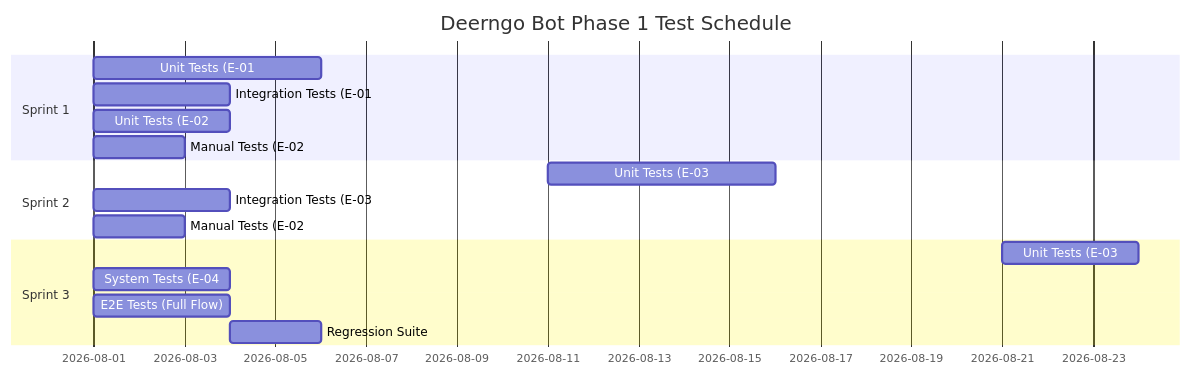
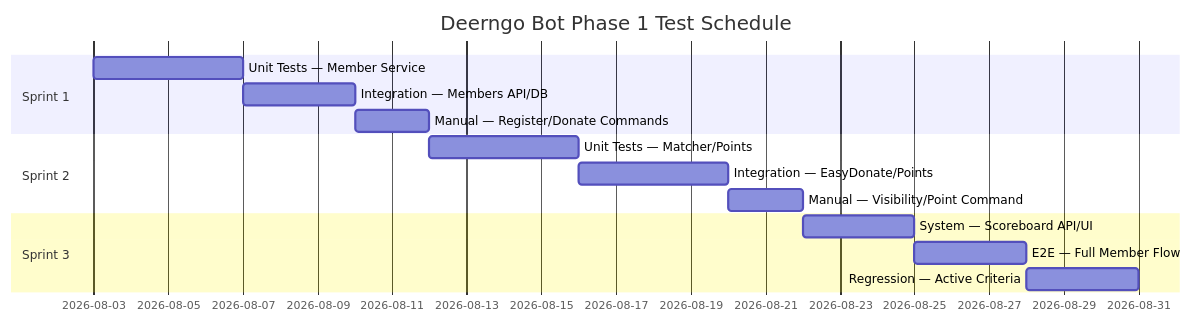
One commit to oat431/document_template changed the diagram in external_spec/deerngo_bot/04_testing/041_test_plan.md. Above: the diagram before and after it, drawn with Mermaid. The commit also changed other lines of this file and 32 other files, not shown here.

````diff
--- a/external_spec/deerngo_bot/04_testing/041_test_plan.md
+++ b/external_spec/deerngo_bot/04_testing/041_test_plan.md
@@ -135,19 +134,17 @@
 ```mermaid
 gantt
     title Deerngo Bot Phase 1 Test Schedule
     dateFormat YYYY-MM-DD
     section Sprint 1
-    Unit Tests (E-01: Subscriber)       :a1, 2026-08-01, 5d
-    Integration Tests (E-01: API+Sched) :a2, after a1, 3d
-    Unit Tests (E-02: Bot Commands)     :a3, after a1, 3d
-    Manual Tests (E-02: streamer.bot)   :a4, after a3, 2d
+    Unit Tests — Member Service       :a1, 2026-08-03, 4d
+    Integration — Members API/DB      :a2, after a1, 3d
+    Manual — Register/Donate Commands :a3, after a2, 2d
     section Sprint 2
-    Unit Tests (E-03: Matching Engine)  :a5, 2026-08-11, 5d
-    Integration Tests (E-03: Sync+API)  :a6, after a5, 3d
-    Manual Tests (E-02: Point Command)  :a7, after a5, 2d
+    Unit Tests — Matcher/Points       :a4, 2026-08-12, 4d
+    Integration — EasyDonate/Points   :a5, after a4, 4d
+    Manual — Visibility/Point Command :a6, after a5, 2d
     section Sprint 3
-    Unit Tests (E-03: Point Calc)       :a8, 2026-08-21, 3d
-    System Tests (E-04: Scoreboard)     :a9, after a8, 3d
-    E2E Tests (Full Flow)               :a10, after a9, 3d
-    Regression Suite                    :a11, after a10, 2d
+    System — Scoreboard API/UI        :a7, 2026-08-22, 3d
+    E2E — Full Member Flow            :a8, after a7, 3d
+    Regression — Active Criteria      :a9, after a8, 3d
 ```
````
